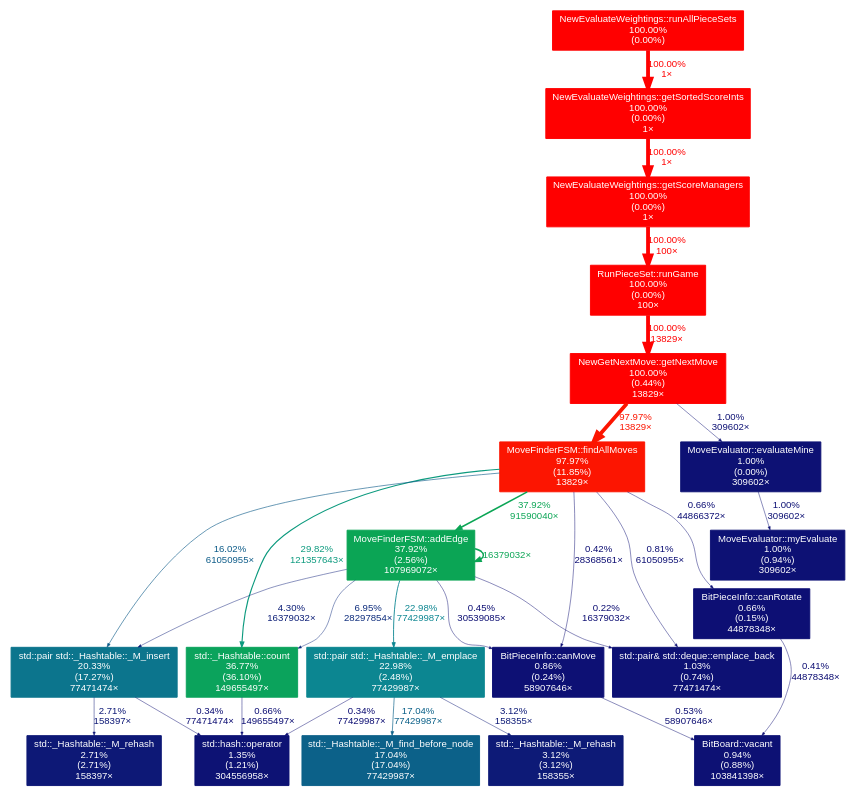
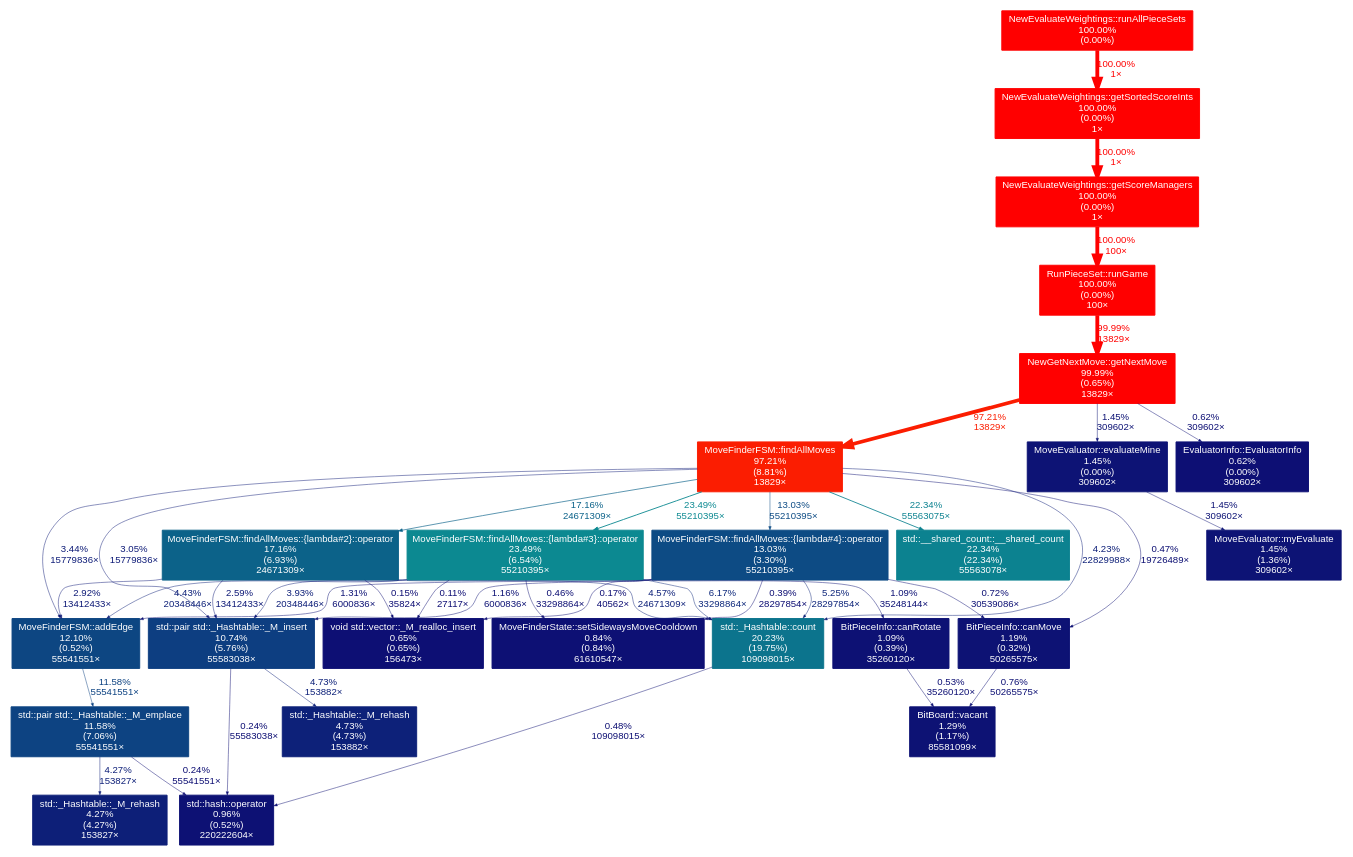
One commit to domsleee/tetrisai changed the diagram in cpp/scripts/hi.dot. Above: the diagram before and after it, drawn with Graphviz. The commit also changed 9 other files, not shown here.

```diff
--- a/cpp/scripts/hi.dot
+++ b/cpp/scripts/hi.dot
@@ -9,44 +9,62 @@
 	3 [color="#ff0000", fontcolor="#ffffff", fontsize="10.00", label="NewEvaluateWeightings::runAllPieceSets\n100.00%\n(0.00%)"];
 	3 -> 2 [arrowsize="1.00", color="#ff0000", fontcolor="#ff0000", fontsize="10.00", label="100.00%\n1×", labeldistance="4.00", penwidth="4.00"];
 	4 [color="#ff0000", fontcolor="#ffffff", fontsize="10.00", label="RunPieceSet::runGame\n100.00%\n(0.00%)\n100×"];
-	4 -> 5 [arrowsize="1.00", color="#ff0000", fontcolor="#ff0000", fontsize="10.00", label="100.00%\n13829×", labeldistance="4.00", penwidth="4.00"];
-	5 [color="#ff0000", fontcolor="#ffffff", fontsize="10.00", label="NewGetNextMove::getNextMove\n100.00%\n(0.44%)\n13829×"];
-	5 -> 6 [arrowsize="0.99", color="#fc1501", fontcolor="#fc1501", fontsize="10.00", label="97.97%\n13829×", labeldistance="3.92", penwidth="3.92"];
-	5 -> 17 [arrowsize="0.35", color="#0d1174", fontcolor="#0d1174", fontsize="10.00", label="1.00%\n309602×", labeldistance="0.50", penwidth="0.50"];
-	6 [color="#fc1501", fontcolor="#ffffff", fontsize="10.00", label="MoveFinderFSM::findAllMoves\n97.97%\n(11.85%)\n13829×"];
-	6 -> 7 [arrowsize="0.62", color="#0ba555", fontcolor="#0ba555", fontsize="10.00", label="37.92%\n91590040×", labeldistance="1.52", penwidth="1.52"];
-	6 -> 8 [arrowsize="0.55", color="#0c9a7e", fontcolor="#0c9a7e", fontsize="10.00", label="29.82%\n121357643×", labeldistance="1.19", penwidth="1.19"];
-	6 -> 10 [arrowsize="0.40", color="#0c5b88", fontcolor="#0c5b88", fontsize="10.00", label="16.02%\n61050955×", labeldistance="0.64", penwidth="0.64"];
-	6 -> 15 [arrowsize="0.35", color="#0d1074", fontcolor="#0d1074", fontsize="10.00", label="0.81%\n61050955×", labeldistance="0.50", penwidth="0.50"];
-	6 -> 19 [arrowsize="0.35", color="#0d0e73", fontcolor="#0d0e73", fontsize="10.00", label="0.42%\n28368561×", labeldistance="0.50", penwidth="0.50"];
-	6 -> 20 [arrowsize="0.35", color="#0d0f74", fontcolor="#0d0f74", fontsize="10.00", label="0.66%\n44866372×", labeldistance="0.50", penwidth="0.50"];
-	7 [color="#0ba555", fontcolor="#ffffff", fontsize="10.00", label="MoveFinderFSM::addEdge\n37.92%\n(2.56%)\n107969072×"];
-	7 -> 7 [arrowsize="0.62", color="#0ba555", fontcolor="#0ba555", fontsize="10.00", label="16379032×", labeldistance="1.52", penwidth="1.52"];
-	7 -> 8 [arrowsize="0.35", color="#0d2c7c", fontcolor="#0d2c7c", fontsize="10.00", label="6.95%\n28297854×", labeldistance="0.50", penwidth="0.50"];
-	7 -> 9 [arrowsize="0.48", color="#0c8691", fontcolor="#0c8691", fontsize="10.00", label="22.98%\n77429987×", labeldistance="0.92", penwidth="0.92"];
-	7 -> 10 [arrowsize="0.35", color="#0d1f78", fontcolor="#0d1f78", fontsize="10.00", label="4.30%\n16379032×", labeldistance="0.50", penwidth="0.50"];
-	7 -> 15 [arrowsize="0.35", color="#0d0e73", fontcolor="#0d0e73", fontsize="10.00", label="0.22%\n16379032×", labeldistance="0.50", penwidth="0.50"];
-	7 -> 19 [arrowsize="0.35", color="#0d0f73", fontcolor="#0d0f73", fontsize="10.00", label="0.45%\n30539085×", labeldistance="0.50", penwidth="0.50"];
-	8 [color="#0ba35c", fontcolor="#ffffff", fontsize="10.00", label="std::_Hashtable::count\n36.77%\n(36.10%)\n149655497×"];
-	8 -> 14 [arrowsize="0.35", color="#0d0f74", fontcolor="#0d0f74", fontsize="10.00", label="0.66%\n149655497×", labeldistance="0.50", penwidth="0.50"];
-	9 [color="#0c8691", fontcolor="#ffffff", fontsize="10.00", label="std::pair std::_Hashtable::_M_emplace\n22.98%\n(2.48%)\n77429987×"];
-	9 -> 11 [arrowsize="0.41", color="#0c6189", fontcolor="#0c6189", fontsize="10.00", label="17.04%\n77429987×", labeldistance="0.68", penwidth="0.68"];
-	9 -> 12 [arrowsize="0.35", color="#0d1a77", fontcolor="#0d1a77", fontsize="10.00", label="3.12%\n158355×", labeldistance="0.50", penwidth="0.50"];
-	9 -> 14 [arrowsize="0.35", color="#0d0e73", fontcolor="#0d0e73", fontsize="10.00", label="0.34%\n77429987×", labeldistance="0.50", penwidth="0.50"];
-	10 [color="#0c758d", fontcolor="#ffffff", fontsize="10.00", label="std::pair std::_Hashtable::_M_insert\n20.33%\n(17.27%)\n77471474×"];
-	10 -> 13 [arrowsize="0.35", color="#0d1876", fontcolor="#0d1876", fontsize="10.00", label="2.71%\n158397×", labeldistance="0.50", penwidth="0.50"];
-	10 -> 14 [arrowsize="0.35", color="#0d0e73", fontcolor="#0d0e73", fontsize="10.00", label="0.34%\n77471474×", labeldistance="0.50", penwidth="0.50"];
-	11 [color="#0c6189", fontcolor="#ffffff", fontsize="10.00", label="std::_Hashtable::_M_find_before_node\n17.04%\n(17.04%)\n77429987×"];
-	12 [color="#0d1a77", fontcolor="#ffffff", fontsize="10.00", label="std::_Hashtable::_M_rehash\n3.12%\n(3.12%)\n158355×"];
-	13 [color="#0d1876", fontcolor="#ffffff", fontsize="10.00", label="std::_Hashtable::_M_rehash\n2.71%\n(2.71%)\n158397×"];
-	14 [color="#0d1274", fontcolor="#ffffff", fontsize="10.00", label="std::hash::operator\n1.35%\n(1.21%)\n304556958×"];
-	15 [color="#0d1174", fontcolor="#ffffff", fontsize="10.00", label="std::pair& std::deque::emplace_back\n1.03%\n(0.74%)\n77471474×"];
-	16 [color="#0d1174", fontcolor="#ffffff", fontsize="10.00", label="MoveEvaluator::myEvaluate\n1.00%\n(0.94%)\n309602×"];
-	17 [color="#0d1174", fontcolor="#ffffff", fontsize="10.00", label="MoveEvaluator::evaluateMine\n1.00%\n(0.00%)\n309602×"];
-	17 -> 16 [arrowsize="0.35", color="#0d1174", fontcolor="#0d1174", fontsize="10.00", label="1.00%\n309602×", labeldistance="0.50", penwidth="0.50"];
-	18 [color="#0d1174", fontcolor="#ffffff", fontsize="10.00", label="BitBoard::vacant\n0.94%\n(0.88%)\n103841398×"];
-	19 [color="#0d1074", fontcolor="#ffffff", fontsize="10.00", label="BitPieceInfo::canMove\n0.86%\n(0.24%)\n58907646×"];
-	19 -> 18 [arrowsize="0.35", color="#0d0f73", fontcolor="#0d0f73", fontsize="10.00", label="0.53%\n58907646×", labeldistance="0.50", penwidth="0.50"];
-	20 [color="#0d0f74", fontcolor="#ffffff", fontsize="10.00", label="BitPieceInfo::canRotate\n0.66%\n(0.15%)\n44878348×"];
-	20 -> 18 [arrowsize="0.35", color="#0d0e73", fontcolor="#0d0e73", fontsize="10.00", label="0.41%\n44878348×", labeldistance="0.50", penwidth="0.50"];
+	4 -> 5 [arrowsize="1.00", color="#ff0000", fontcolor="#ff0000", fontsize="10.00", label="99.99%\n13829×", labeldistance="4.00", penwidth="4.00"];
+	5 [color="#ff0000", fontcolor="#ffffff", fontsize="10.00", label="NewGetNextMove::getNextMove\n99.99%\n(0.65%)\n13829×"];
+	5 -> 6 [arrowsize="0.99", color="#fb1d01", fontcolor="#fb1d01", fontsize="10.00", label="97.21%\n13829×", labeldistance="3.89", penwidth="3.89"];
+	5 -> 18 [arrowsize="0.35", color="#0d1375", fontcolor="#0d1375", fontsize="10.00", label="1.45%\n309602×", labeldistance="0.50", penwidth="0.50"];
+	5 -> 25 [arrowsize="0.35", color="#0d0f74", fontcolor="#0d0f74", fontsize="10.00", label="0.62%\n309602×", labeldistance="0.50", penwidth="0.50"];
+	6 [color="#fb1d01", fontcolor="#ffffff", fontsize="10.00", label="MoveFinderFSM::findAllMoves\n97.21%\n(8.81%)\n13829×"];
+	6 -> 7 [arrowsize="0.48", color="#0c8991", fontcolor="#0c8991", fontsize="10.00", label="23.49%\n55210395×", labeldistance="0.94", penwidth="0.94"];
+	6 -> 8 [arrowsize="0.47", color="#0c8290", fontcolor="#0c8290", fontsize="10.00", label="22.34%\n55563075×", labeldistance="0.89", penwidth="0.89"];
+	6 -> 9 [arrowsize="0.35", color="#0d1f78", fontcolor="#0d1f78", fontsize="10.00", label="4.23%\n22829988×", labeldistance="0.50", penwidth="0.50"];
+	6 -> 10 [arrowsize="0.41", color="#0c6289", fontcolor="#0c6289", fontsize="10.00", label="17.16%\n24671309×", labeldistance="0.69", penwidth="0.69"];
+	6 -> 11 [arrowsize="0.36", color="#0d4b84", fontcolor="#0d4b84", fontsize="10.00", label="13.03%\n55210395×", labeldistance="0.52", penwidth="0.52"];
+	6 -> 12 [arrowsize="0.35", color="#0d1b77", fontcolor="#0d1b77", fontsize="10.00", label="3.44%\n15779836×", labeldistance="0.50", penwidth="0.50"];
+	6 -> 14 [arrowsize="0.35", color="#0d1a77", fontcolor="#0d1a77", fontsize="10.00", label="3.05%\n15779836×", labeldistance="0.50", penwidth="0.50"];
+	6 -> 20 [arrowsize="0.35", color="#0d0f73", fontcolor="#0d0f73", fontsize="10.00", label="0.47%\n19726489×", labeldistance="0.50", penwidth="0.50"];
+	7 [color="#0c8991", fontcolor="#ffffff", fontsize="10.00", label="MoveFinderFSM::findAllMoves::{lambda#3}::operator\n23.49%\n(6.54%)\n55210395×"];
+	7 -> 9 [arrowsize="0.35", color="#0d287b", fontcolor="#0d287b", fontsize="10.00", label="6.17%\n33298864×", labeldistance="0.50", penwidth="0.50"];
+	7 -> 12 [arrowsize="0.35", color="#0d2078", fontcolor="#0d2078", fontsize="10.00", label="4.43%\n20348446×", labeldistance="0.50", penwidth="0.50"];
+	7 -> 14 [arrowsize="0.35", color="#0d1e78", fontcolor="#0d1e78", fontsize="10.00", label="3.93%\n20348446×", labeldistance="0.50", penwidth="0.50"];
+	7 -> 21 [arrowsize="0.35", color="#0d1174", fontcolor="#0d1174", fontsize="10.00", label="1.09%\n35248144×", labeldistance="0.50", penwidth="0.50"];
+	7 -> 23 [arrowsize="0.35", color="#0d0f73", fontcolor="#0d0f73", fontsize="10.00", label="0.46%\n33298864×", labeldistance="0.50", penwidth="0.50"];
+	7 -> 24 [arrowsize="0.35", color="#0d0d73", fontcolor="#0d0d73", fontsize="10.00", label="0.11%\n27117×", labeldistance="0.50", penwidth="0.50"];
+	8 [color="#0c8290", fontcolor="#ffffff", fontsize="10.00", label="std::__shared_count::__shared_count\n22.34%\n(22.34%)\n55563078×"];
+	9 [color="#0c748d", fontcolor="#ffffff", fontsize="10.00", label="std::_Hashtable::count\n20.23%\n(19.75%)\n109098015×"];
+	9 -> 22 [arrowsize="0.35", color="#0d0f73", fontcolor="#0d0f73", fontsize="10.00", label="0.48%\n109098015×", labeldistance="0.50", penwidth="0.50"];
+	10 [color="#0c6289", fontcolor="#ffffff", fontsize="10.00", label="MoveFinderFSM::findAllMoves::{lambda#2}::operator\n17.16%\n(6.93%)\n24671309×"];
+	10 -> 9 [arrowsize="0.35", color="#0d2079", fontcolor="#0d2079", fontsize="10.00", label="4.57%\n24671309×", labeldistance="0.50", penwidth="0.50"];
+	10 -> 12 [arrowsize="0.35", color="#0d1976", fontcolor="#0d1976", fontsize="10.00", label="2.92%\n13412433×", labeldistance="0.50", penwidth="0.50"];
+	10 -> 14 [arrowsize="0.35", color="#0d1876", fontcolor="#0d1876", fontsize="10.00", label="2.59%\n13412433×", labeldistance="0.50", penwidth="0.50"];
+	10 -> 24 [arrowsize="0.35", color="#0d0d73", fontcolor="#0d0d73", fontsize="10.00", label="0.15%\n35824×", labeldistance="0.50", penwidth="0.50"];
+	11 [color="#0d4b84", fontcolor="#ffffff", fontsize="10.00", label="MoveFinderFSM::findAllMoves::{lambda#4}::operator\n13.03%\n(3.30%)\n55210395×"];
+	11 -> 9 [arrowsize="0.35", color="#0d2479", fontcolor="#0d2479", fontsize="10.00", label="5.25%\n28297854×", labeldistance="0.50", penwidth="0.50"];
+	11 -> 12 [arrowsize="0.35", color="#0d1274", fontcolor="#0d1274", fontsize="10.00", label="1.31%\n6000836×", labeldistance="0.50", penwidth="0.50"];
+	11 -> 14 [arrowsize="0.35", color="#0d1274", fontcolor="#0d1274", fontsize="10.00", label="1.16%\n6000836×", labeldistance="0.50", penwidth="0.50"];
+	11 -> 20 [arrowsize="0.35", color="#0d1074", fontcolor="#0d1074", fontsize="10.00", label="0.72%\n30539086×", labeldistance="0.50", penwidth="0.50"];
+	11 -> 23 [arrowsize="0.35", color="#0d0e73", fontcolor="#0d0e73", fontsize="10.00", label="0.39%\n28297854×", labeldistance="0.50", penwidth="0.50"];
+	11 -> 24 [arrowsize="0.35", color="#0d0d73", fontcolor="#0d0d73", fontsize="10.00", label="0.17%\n40562×", labeldistance="0.50", penwidth="0.50"];
+	12 [color="#0d4682", fontcolor="#ffffff", fontsize="10.00", label="MoveFinderFSM::addEdge\n12.10%\n(0.52%)\n55541551×"];
+	12 -> 13 [arrowsize="0.35", color="#0d4382", fontcolor="#0d4382", fontsize="10.00", label="11.58%\n55541551×", labeldistance="0.50", penwidth="0.50"];
+	13 [color="#0d4382", fontcolor="#ffffff", fontsize="10.00", label="std::pair std::_Hashtable::_M_emplace\n11.58%\n(7.06%)\n55541551×"];
+	13 -> 16 [arrowsize="0.35", color="#0d1f78", fontcolor="#0d1f78", fontsize="10.00", label="4.27%\n153827×", labeldistance="0.50", penwidth="0.50"];
+	13 -> 22 [arrowsize="0.35", color="#0d0e73", fontcolor="#0d0e73", fontsize="10.00", label="0.24%\n55541551×", labeldistance="0.50", penwidth="0.50"];
+	14 [color="#0d3e81", fontcolor="#ffffff", fontsize="10.00", label="std::pair std::_Hashtable::_M_insert\n10.74%\n(5.76%)\n55583038×"];
+	14 -> 15 [arrowsize="0.35", color="#0d2179", fontcolor="#0d2179", fontsize="10.00", label="4.73%\n153882×", labeldistance="0.50", penwidth="0.50"];
+	14 -> 22 [arrowsize="0.35", color="#0d0e73", fontcolor="#0d0e73", fontsize="10.00", label="0.24%\n55583038×", labeldistance="0.50", penwidth="0.50"];
+	15 [color="#0d2179", fontcolor="#ffffff", fontsize="10.00", label="std::_Hashtable::_M_rehash\n4.73%\n(4.73%)\n153882×"];
+	16 [color="#0d1f78", fontcolor="#ffffff", fontsize="10.00", label="std::_Hashtable::_M_rehash\n4.27%\n(4.27%)\n153827×"];
+	17 [color="#0d1375", fontcolor="#ffffff", fontsize="10.00", label="MoveEvaluator::myEvaluate\n1.45%\n(1.36%)\n309602×"];
+	18 [color="#0d1375", fontcolor="#ffffff", fontsize="10.00", label="MoveEvaluator::evaluateMine\n1.45%\n(0.00%)\n309602×"];
+	18 -> 17 [arrowsize="0.35", color="#0d1375", fontcolor="#0d1375", fontsize="10.00", label="1.45%\n309602×", labeldistance="0.50", penwidth="0.50"];
+	19 [color="#0d1274", fontcolor="#ffffff", fontsize="10.00", label="BitBoard::vacant\n1.29%\n(1.17%)\n85581099×"];
+	20 [color="#0d1274", fontcolor="#ffffff", fontsize="10.00", label="BitPieceInfo::canMove\n1.19%\n(0.32%)\n50265575×"];
+	20 -> 19 [arrowsize="0.35", color="#0d1074", fontcolor="#0d1074", fontsize="10.00", label="0.76%\n50265575×", labeldistance="0.50", penwidth="0.50"];
+	21 [color="#0d1174", fontcolor="#ffffff", fontsize="10.00", label="BitPieceInfo::canRotate\n1.09%\n(0.39%)\n35260120×"];
+	21 -> 19 [arrowsize="0.35", color="#0d0f73", fontcolor="#0d0f73", fontsize="10.00", label="0.53%\n35260120×", labeldistance="0.50", penwidth="0.50"];
+	22 [color="#0d1174", fontcolor="#ffffff", fontsize="10.00", label="std::hash::operator\n0.96%\n(0.52%)\n220222604×"];
+	23 [color="#0d1074", fontcolor="#ffffff", fontsize="10.00", label="MoveFinderState::setSidewaysMoveCooldown\n0.84%\n(0.84%)\n61610547×"];
+	24 [color="#0d0f74", fontcolor="#ffffff", fontsize="10.00", label="void std::vector::_M_realloc_insert\n0.65%\n(0.65%)\n156473×"];
+	25 [color="#0d0f74", fontcolor="#ffffff", fontsize="10.00", label="EvaluatorInfo::EvaluatorInfo\n0.62%\n(0.00%)\n309602×"];
 }
```
